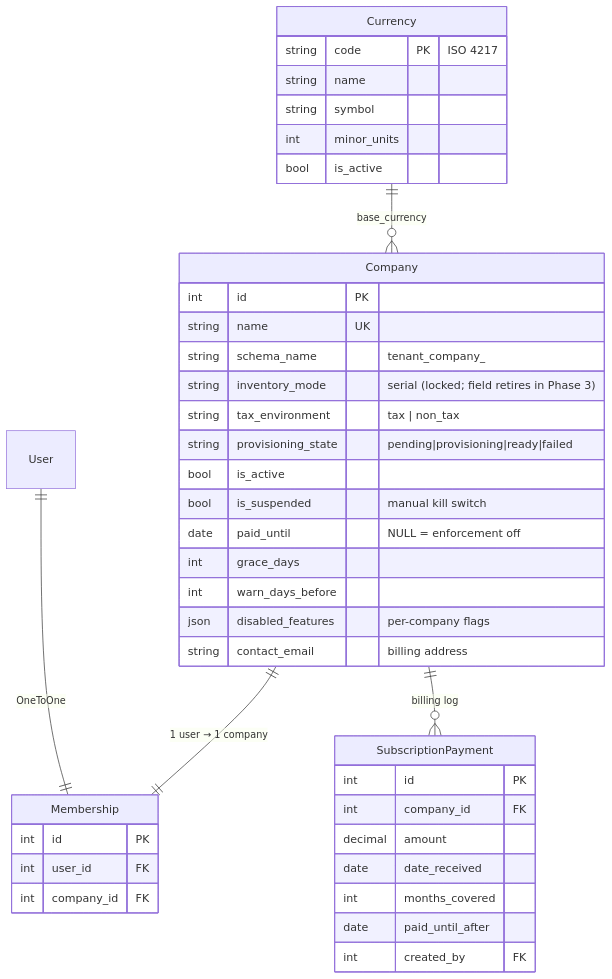
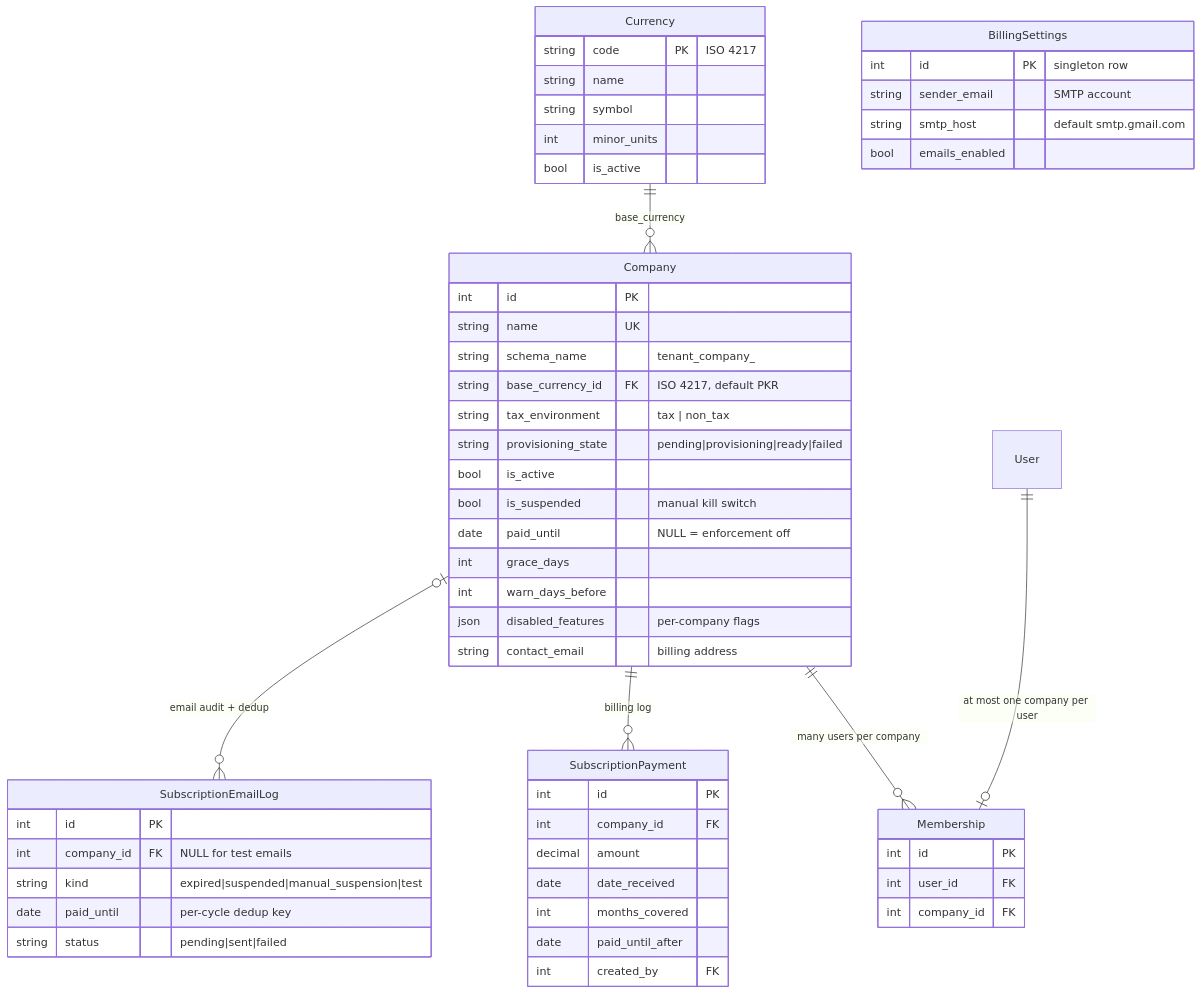
Before and after one commit to Maaz-Bin-Haider/Financee_Multitenant_Production: the fifth of 9 diagrams in README.md, drawn with Mermaid. The commit also changed other lines of this file and 2 other files, not shown here.

````diff
--- a/README.md
+++ b/README.md
@@ -276,44 +276,58 @@
 ```mermaid
 erDiagram
     Currency ||--o{ Company : "base_currency"
-    Company ||--|| Membership : "1 user → 1 company"
+    Company ||--o{ Membership : "many users per company"
+    User ||--o| Membership : "at most one company per user"
     Company ||--o{ SubscriptionPayment : "billing log"
-    User ||--|| Membership : "OneToOne"
+    Company |o--o{ SubscriptionEmailLog : "email audit + dedup"
 
     Company {
         int id PK
         string name UK
         string schema_name "tenant_company_<id>"
-        string inventory_mode "serial (locked; field retires in Phase 3)"
+        string base_currency_id FK "ISO 4217, default PKR"
         string tax_environment "tax | non_tax"
         string provisioning_state "pending|provisioning|ready|failed"
         bool is_active
         bool is_suspended "manual kill switch"
         date paid_until "NULL = enforcement off"
         int grace_days
         int warn_days_before
         json disabled_features "per-company flags"
         string contact_email "billing address"
     }
     Membership {
         int id PK
         int user_id FK
         int company_id FK
     }
     Currency {
         string code PK "ISO 4217"
         string name
         string symbol
         int minor_units
         bool is_active
     }
     SubscriptionPayment {
         int id PK
         int company_id FK
         decimal amount
         date date_received
         int months_covered
         date paid_until_after
         int created_by FK
     }
+    SubscriptionEmailLog {
+        int id PK
+        int company_id FK "NULL for test emails"
+        string kind "expired|suspended|manual_suspension|test"
+        date paid_until "per-cycle dedup key"
+        string status "pending|sent|failed"
+    }
+    BillingSettings {
+        int id PK "singleton row"
+        string sender_email "SMTP account"
+        string smtp_host "default smtp.gmail.com"
+        bool emails_enabled
+    }
 ```
````
